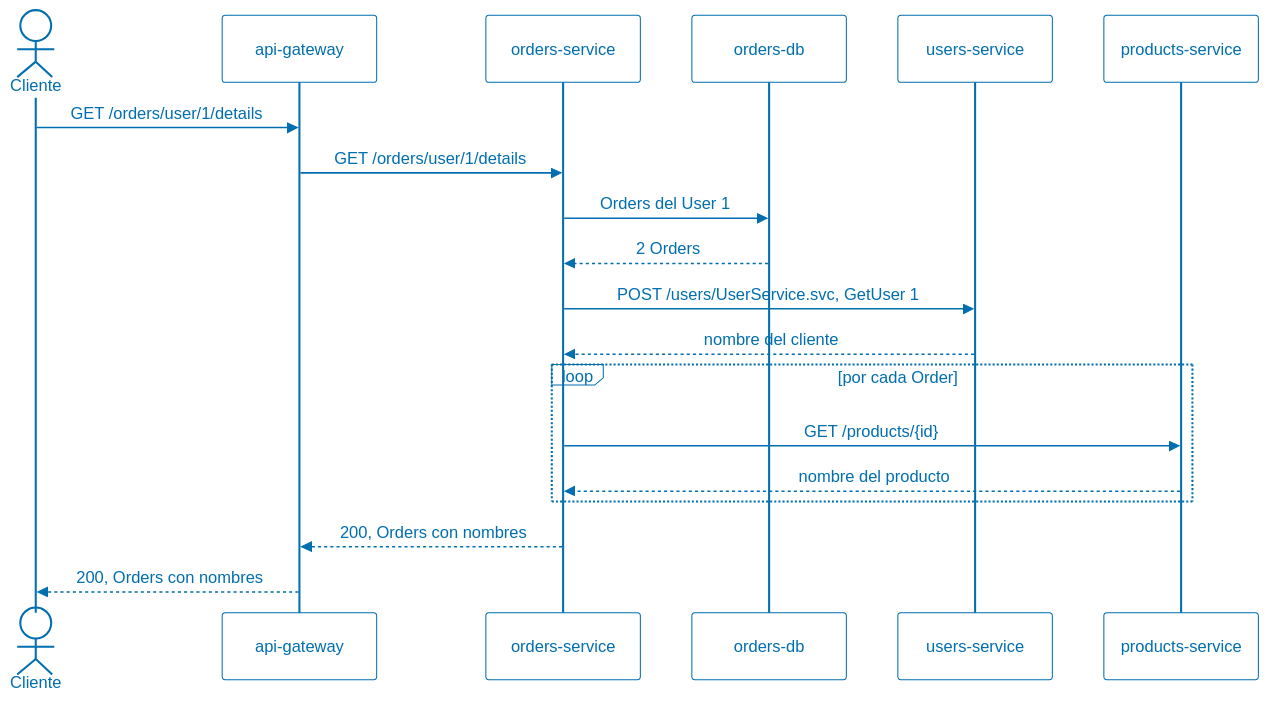
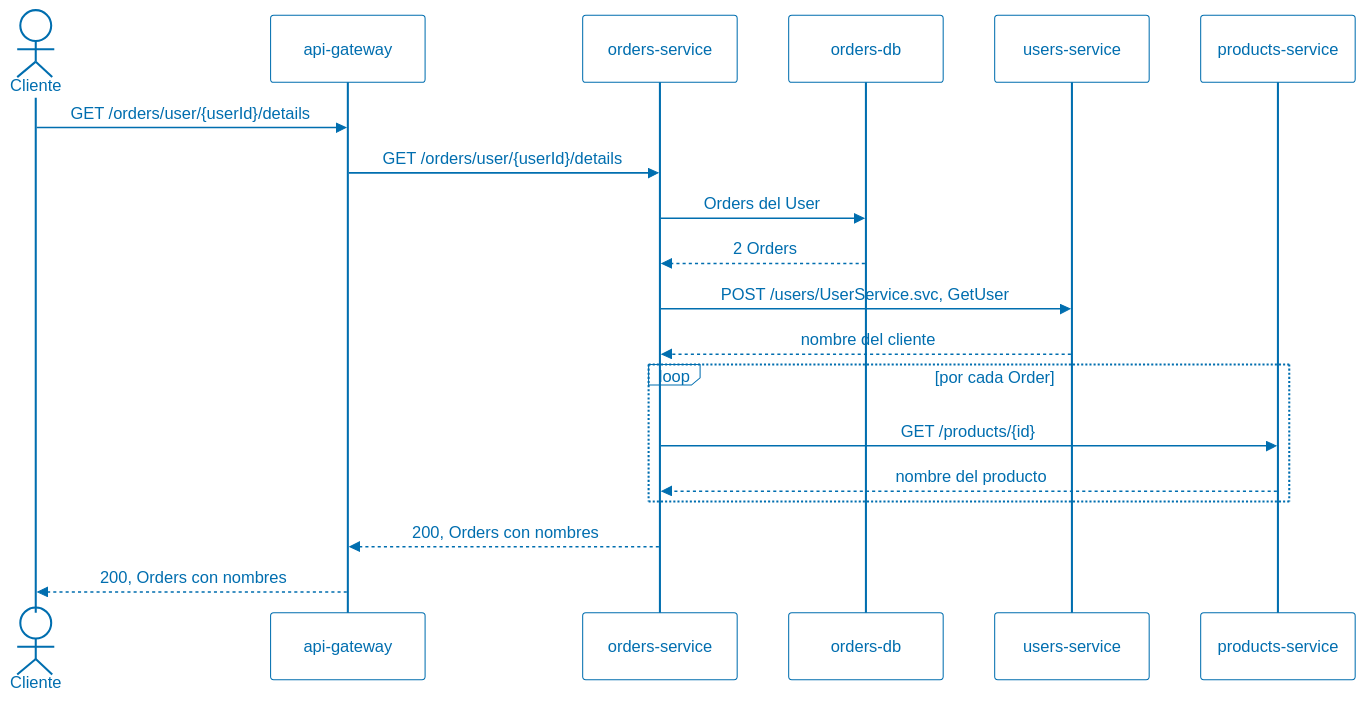
One commit to ucudal/ANDIS2_UT4_DEMO1 changed the first of 3 diagrams in ARCHITECTURE.md. Above: the diagram before and after it, drawn with Mermaid. The commit also changed other lines of this file and 116 other files, not shown here.

````diff
--- a/ARCHITECTURE.md
+++ b/ARCHITECTURE.md
@@ -103,53 +103,53 @@
 ```mermaid
 ---
 config:
   theme: base
   themeVariables:
     fontSize: 14px
     background: transparent
     mainBkg: transparent
     secondaryColor: transparent
     tertiaryColor: transparent
     clusterBkg: transparent
     clusterBorder: '#006EAF'
     edgeLabelBackground: transparent
     primaryTextColor: '#006EAF'
     primaryBorderColor: '#006EAF'
     nodeBorder: '#006EAF'
     textColor: '#006EAF'
     titleColor: '#006EAF'
     lineColor: '#006EAF'
     actorBkg: transparent
     actorBorder: '#006EAF'
     actorTextColor: '#006EAF'
     actorLineColor: '#006EAF'
     signalColor: '#006EAF'
     signalTextColor: '#006EAF'
     labelBoxBkgColor: transparent
     labelBoxBorderColor: '#006EAF'
     labelTextColor: '#006EAF'
     loopTextColor: '#006EAF'
     useGradient: false
     dropShadow: false
 ---
 sequenceDiagram
     actor C as Cliente
     participant GW as api-gateway
     participant O as orders-service
     participant ODB as orders-db
     participant U as users-service
     participant P as products-service
 
-    C->>GW: GET /orders/user/1/details
-    GW->>O: GET /orders/user/1/details
-    O->>ODB: Orders del User 1
+    C->>GW: GET /orders/user/{userId}/details
+    GW->>O: GET /orders/user/{userId}/details
+    O->>ODB: Orders del User
     ODB-->>O: 2 Orders
-    O->>U: POST /users/UserService.svc, GetUser 1
+    O->>U: POST /users/UserService.svc, GetUser
     U-->>O: nombre del cliente
     loop por cada Order
         O->>P: GET /products/{id}
         P-->>O: nombre del producto
     end
     O-->>GW: 200, Orders con nombres
     GW-->>C: 200, Orders con nombres
 ```
````
